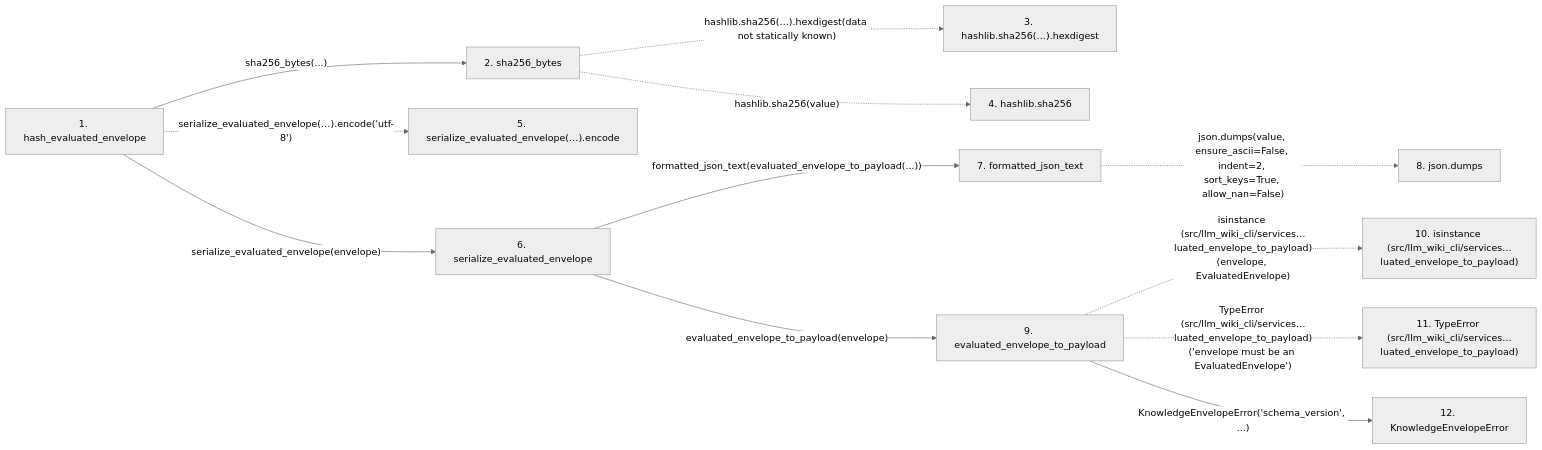
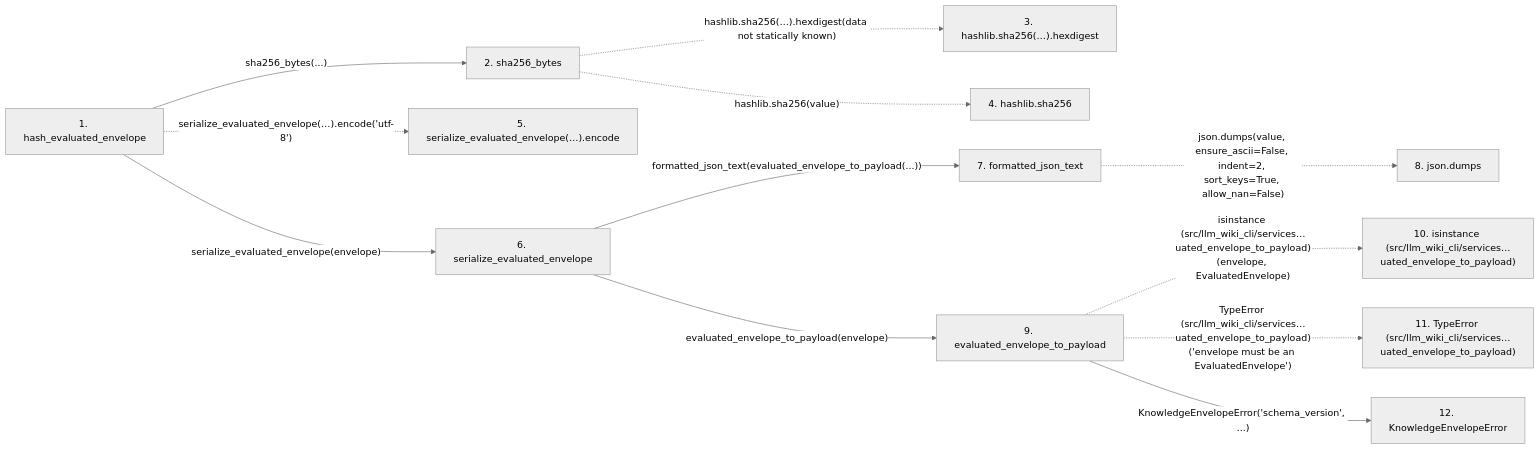
The second of 2 diagrams in docs/llm_wiki/flows/api-hash_evaluated_envelope.md (Denissvgn/python-wiki-llm), drawn with Mermaid (neutral theme) before and after one commit. The commit also changed other lines of this file and 1410 other files, not shown here.

````diff
--- a/docs/llm_wiki/flows/api-hash_evaluated_envelope.md
+++ b/docs/llm_wiki/flows/api-hash_evaluated_envelope.md
@@ -83,32 +106,32 @@
 ```mermaid
 flowchart LR
     s1["1. hash_evaluated_envelope"]
     s2["2. sha256_bytes"]
     s3["3. hashlib.sha256(…).hexdigest"]
     s4["4. hashlib.sha256"]
     s5["5. serialize_evaluated_envelope(…).encode"]
     s6["6. serialize_evaluated_envelope"]
     s7["7. formatted_json_text"]
     s8["8. json.dumps"]
     s9["9. evaluated_envelope_to_payload"]
-    s10["10. isinstance (src/llm_wiki_cli/services…luated_envelope_to_payload)"]
-    s11["11. TypeError (src/llm_wiki_cli/services…luated_envelope_to_payload)"]
+    s10["10. isinstance (src/llm_wiki_cli/services…uated_envelope_to_payload)"]
+    s11["11. TypeError (src/llm_wiki_cli/services…uated_envelope_to_payload)"]
     s12["12. KnowledgeEnvelopeError"]
     s1 -->|"sha256_bytes(...)"| s2
     s2 -. "hashlib.sha256(…).hexdigest(data not statically known)" .-> s3
     s2 -. "hashlib.sha256(value)" .-> s4
     s1 -. "serialize_evaluated_envelope(…).encode('utf-8')" .-> s5
     s1 -->|"serialize_evaluated_envelope(envelope)"| s6
     s6 -->|"formatted_json_text(evaluated_envelope_to_payload(...))"| s7
     s7 -. "json.dumps(value, ensure_ascii=False, indent=2, sort_keys=True, allow_nan=False)" .-> s8
     s6 -->|"evaluated_envelope_to_payload(envelope)"| s9
-    s9 -. "isinstance (src/llm_wiki_cli/services…luated_envelope_to_payload)(envelope, EvaluatedEnvelope)" .-> s10
-    s9 -. "TypeError (src/llm_wiki_cli/services…luated_envelope_to_payload)('envelope must be an EvaluatedEnvelope')" .-> s11
+    s9 -. "isinstance (src/llm_wiki_cli/services…uated_envelope_to_payload)(envelope, EvaluatedEnvelope)" .-> s10
+    s9 -. "TypeError (src/llm_wiki_cli/services…uated_envelope_to_payload)('envelope must be an EvaluatedEnvelope')" .-> s11
     s9 -->|"KnowledgeEnvelopeError('schema_version', ...)"| s12
     click s1 "../modules/knowledge_envelope.md"
     click s2 "../modules/knowledge_evidence.md"
     click s6 "../modules/knowledge_envelope.md"
     click s7 "../modules/knowledge_evidence.md"
     click s9 "../modules/knowledge_envelope.md"
     click s12 "../modules/knowledge_envelope.md"
 ```
````
